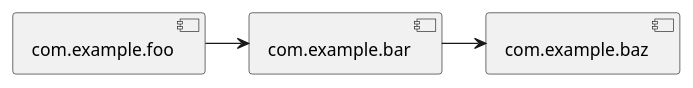
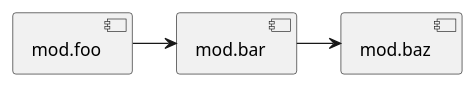
Before and after one commit to backpaper0/sandbox: the second of 4 diagrams in java-module/plantuml.md, drawn with PlantUML. The commit also changed other lines of this file and 13 other files, not shown here.

````diff
--- a/java-module/plantuml.md
+++ b/java-module/plantuml.md
@@ -7,6 +7,6 @@
 ```plantuml
 @startuml case2
-[com.example.foo] -> [com.example.bar]
-[com.example.bar] -> [com.example.baz]
+[mod.foo] -> [mod.bar]
+[mod.bar] -> [mod.baz]
 @enduml
 ```
````
